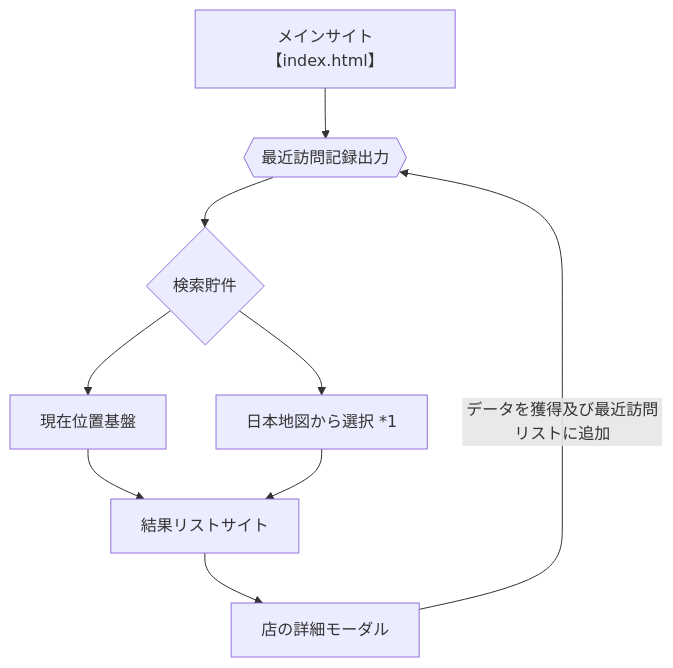
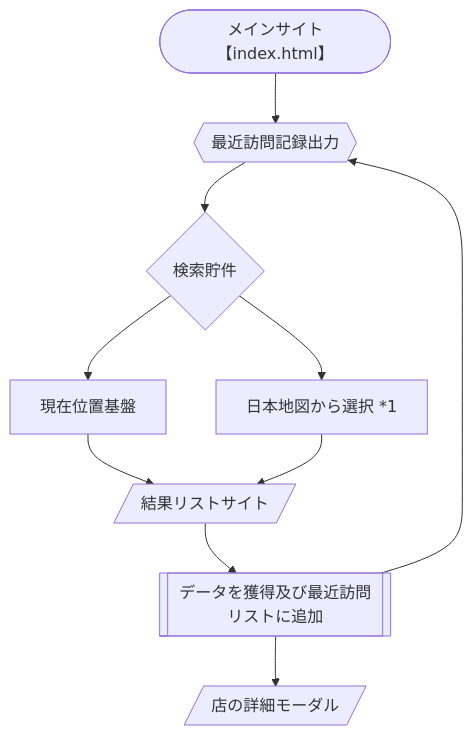
One commit to hideyoshi515/RestaurantSearcher changed the diagram in README.md. Above: the diagram before and after it, drawn with Mermaid.

Commit message:
Update Read Me

````diff
--- a/README.md
+++ b/README.md
@@ -1,16 +1,16 @@
 ```mermaid
 flowchart TD;
-    A[メインサイト【index.html】]
+    A([メインサイト【index.html】])
     B[現在位置基盤]
     C[日本地図から選択 *1]
-    D[結果リストサイト]
-    E[店の詳細モーダル]
+    D[/結果リストサイト/]
+    E[/店の詳細モーダル/]
+    F[[データを獲得及び最近訪問リストに追加]]
     A-->id1{{最近訪問記録出力}}
     id1-->id{検索貯件}
     id-->B
     id-->C
-    B-->D
-    C-->D
-    D-->E
-    E-->|データを獲得及び最近訪問リストに追加|id1
+    B & C-->D
+    D-->F
+    F-->id1 & E
 ```
````
